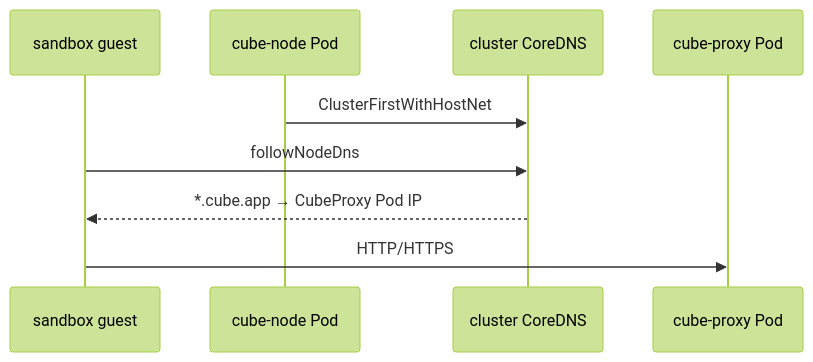
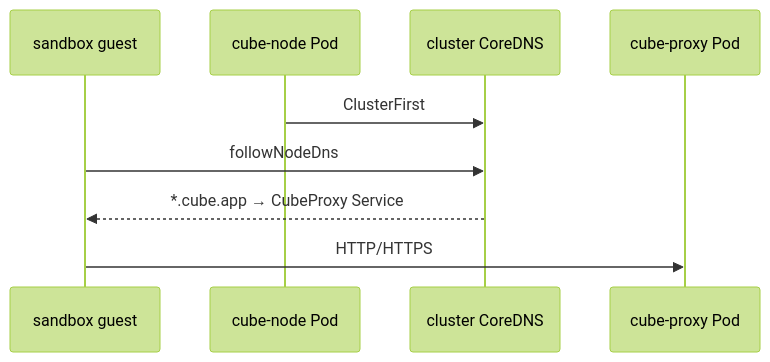
One commit to TencentCloud/CubeSandbox changed the second of 9 diagrams in deploy/kubernetes/chart/docs/ARCHITECTURE.md. Above: the diagram before and after it, drawn with Mermaid (forest theme). The commit also changed other lines of this file and 42 other files, not shown here.

````diff
--- a/deploy/kubernetes/chart/docs/ARCHITECTURE.md
+++ b/deploy/kubernetes/chart/docs/ARCHITECTURE.md
@@ -149,12 +146,12 @@
 ```mermaid
 sequenceDiagram
   participant Guest as sandbox guest
   participant CN as cube-node Pod
   participant KDNS as cluster CoreDNS
   participant PX as cube-proxy Pod
 
-  CN->>KDNS: ClusterFirstWithHostNet
+  CN->>KDNS: ClusterFirst
   Guest->>KDNS: followNodeDns
-  KDNS-->>Guest: *.cube.app → CubeProxy Pod IP
+  KDNS-->>Guest: *.cube.app → CubeProxy Service
   Guest->>PX: HTTP/HTTPS
 ```
````
